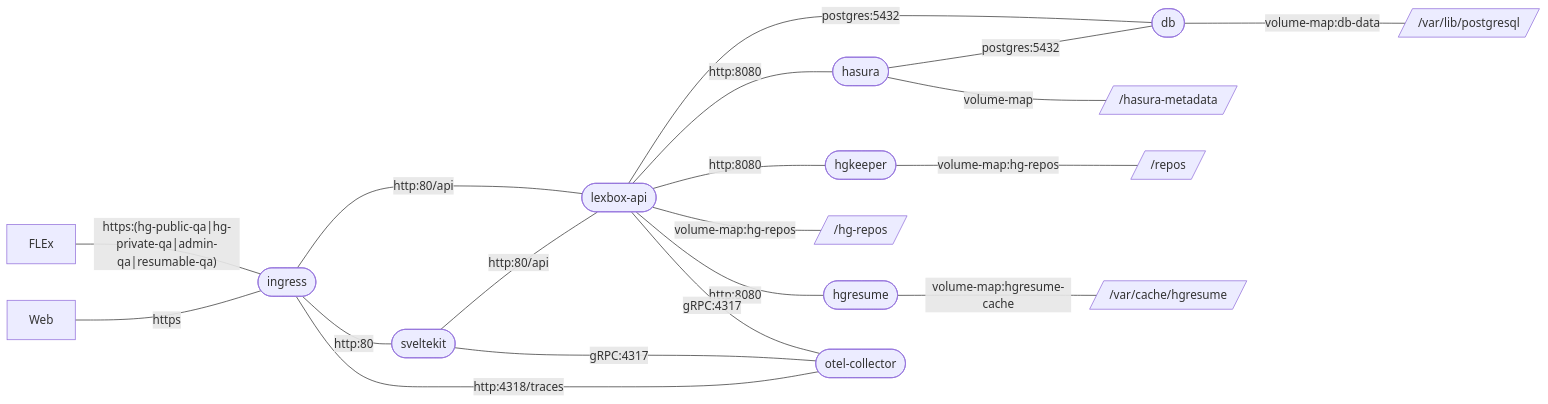
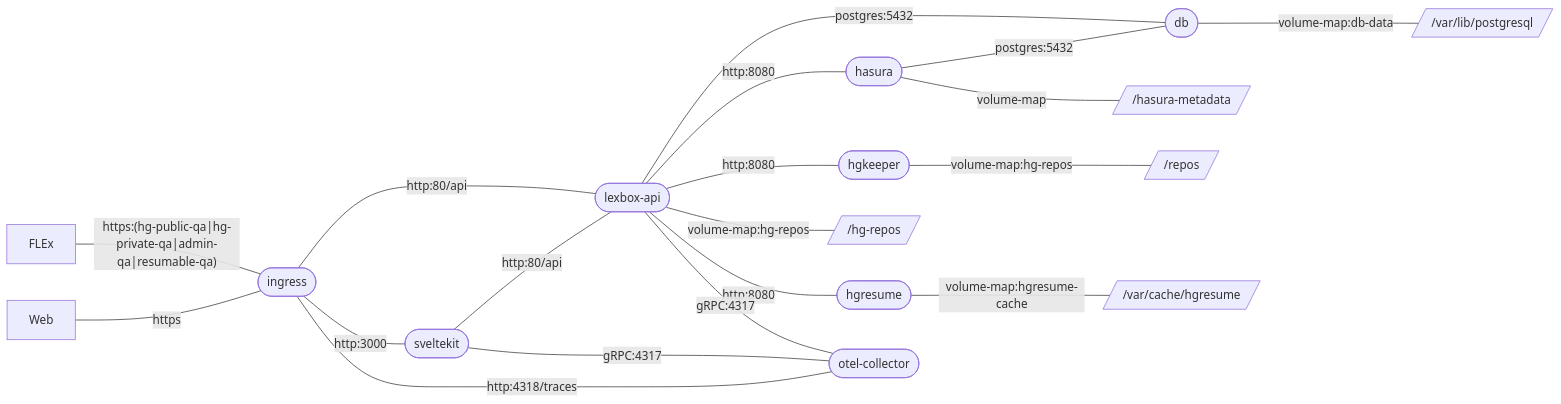
The third of 3 diagrams in README.md (sillsdev/languageforge-lexbox), drawn with Mermaid before and after one commit. The commit also changed 3 other files, not shown here.

````diff
--- a/README.md
+++ b/README.md
@@ -119,30 +119,30 @@
 ```mermaid
 
 flowchart LR
     FLEx -- "https:(hg-public-qa|hg-private-qa|admin-qa|resumable-qa)" --- Proxy
     Web -- https --- Proxy([ingress])
 
     Proxy -- http:80/api --- api([lexbox-api])
-    Proxy -- http:80 --- node([sveltekit])
+    Proxy -- http:3000 --- node([sveltekit])
 
     api -- postgres:5432 --- db([db])
     db -- volume-map:db-data --- data[//var/lib/postgresql/]
 
     api -- http:8080 --- hasura([hasura])
     hasura -- postgres:5432 --- db
     hasura -- volume-map --- metadata[//hasura-metadata/]
 
     api -- http:8080 --- hgkeeper([hgkeeper])
     hgkeeper -- volume-map:hg-repos --- repos[//repos/]
     api -- volume-map:hg-repos --- hg-repos[//hg-repos/]
 
     api -- http:8080 --- hgresume([hgresume])
     hgresume -- volume-map:hgresume-cache --- cache[//var/cache/hgresume/]
 
     node -- http:80/api --- api
 
     api -- gRPC:4317 --- otel-collector([otel-collector])
     Proxy -- http:4318/traces --- otel-collector
     node -- gRPC:4317 --- otel-collector
 
 ```
````
